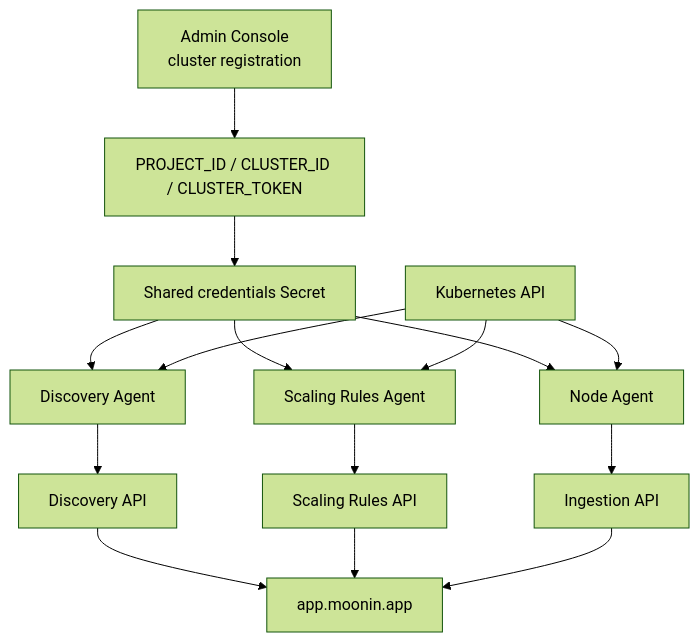
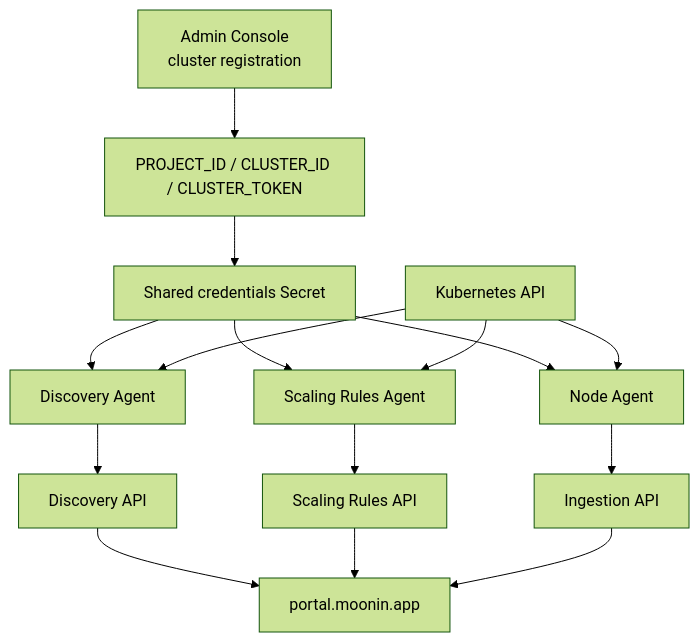
The diagram in src/content/docs/agent/index.md (Moonin-Lab/Moonin-Docs), drawn with Mermaid (forest theme) before and after one commit. The commit also changed other lines of this file and 27 other files, not shown here.

First line of the commit message:
Corrige el subdominio del portal: app.moonin.app no existe

````diff
--- a/src/content/docs/agent/index.md
+++ b/src/content/docs/agent/index.md
@@ -26,17 +26,17 @@
 ```mermaid
 graph TD
     A[Admin Console<br/>cluster registration] --> B[PROJECT_ID / CLUSTER_ID / CLUSTER_TOKEN]
     B --> C[Shared credentials Secret]
     C --> D[Discovery Agent]
     C --> E[Scaling Rules Agent]
     C --> F[Node Agent]
     K[Kubernetes API] --> D
     K --> E
     K --> F
     D --> G[Discovery API]
     E --> H[Scaling Rules API]
     F --> J[Ingestion API]
-    G --> I[app.moonin.app]
+    G --> I[portal.moonin.app]
     H --> I
     J --> I
 ```
````
